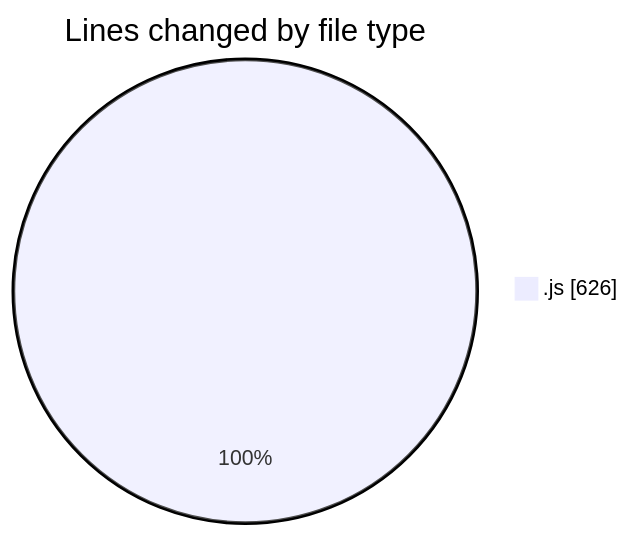
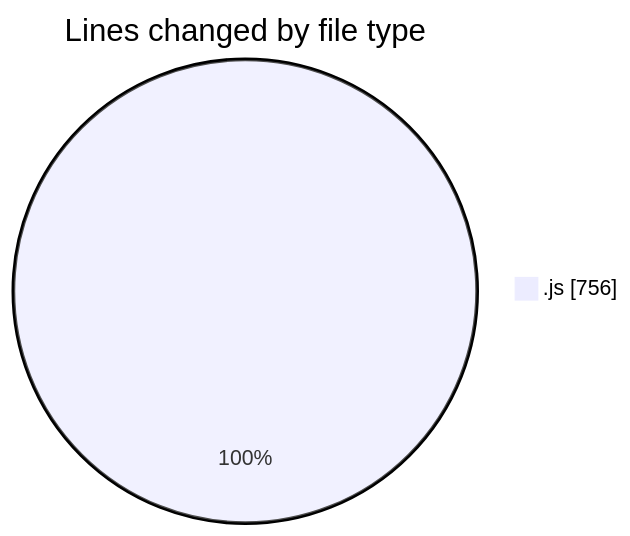
Before and after one commit to BS-eng2023/code-tracking: the first of 2 diagrams in 2025-03-31/jsvms/README.md, drawn with Mermaid. The commit also changed other lines of this file and 1 other file, not shown here.

````diff
--- a/2025-03-31/jsvms/README.md
+++ b/2025-03-31/jsvms/README.md
@@ -25,5 +28,5 @@
 ```mermaid
 pie showData
 title Lines changed by file type
-".js" : 626
+".js" : 756
 ```
````
